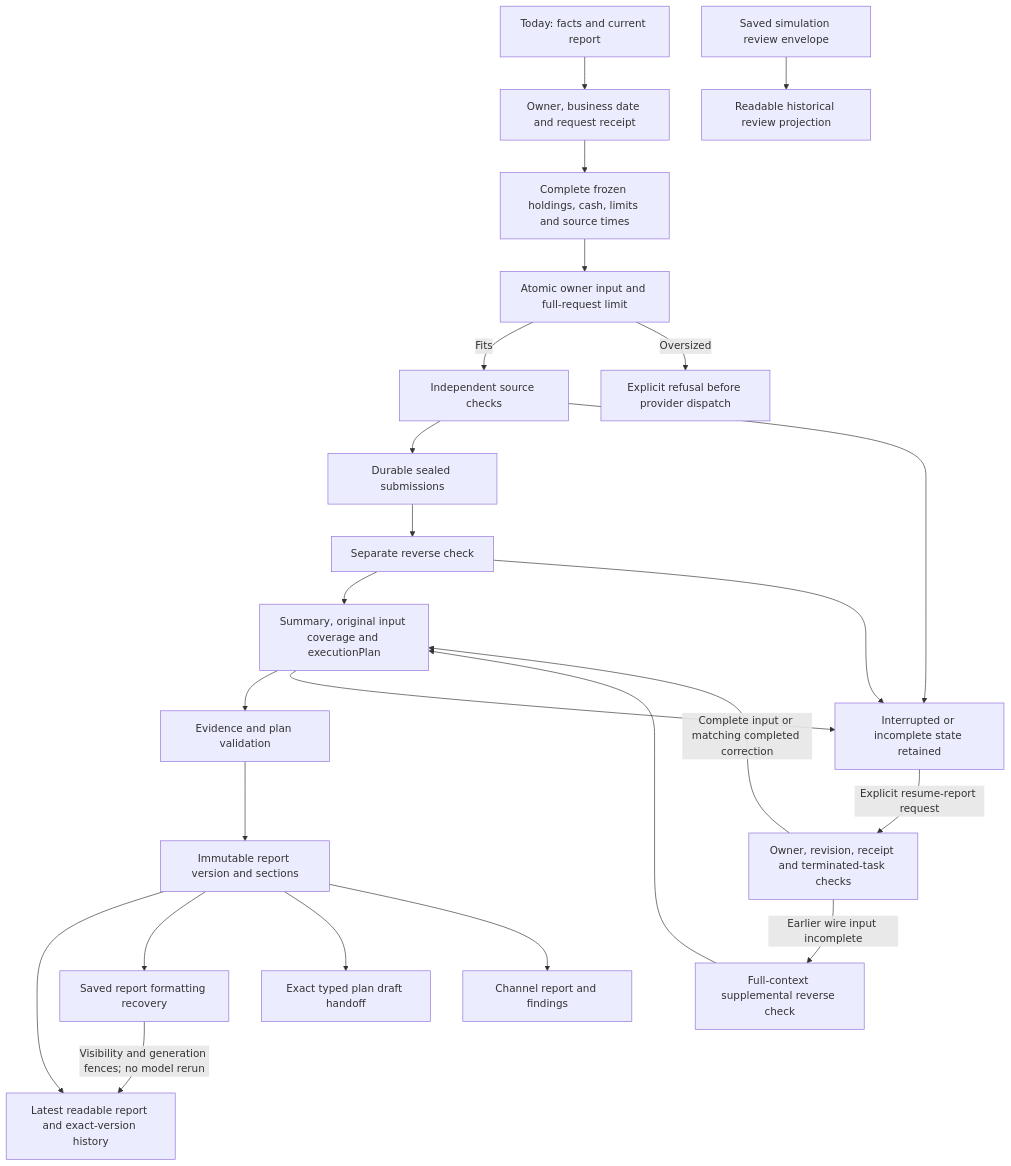
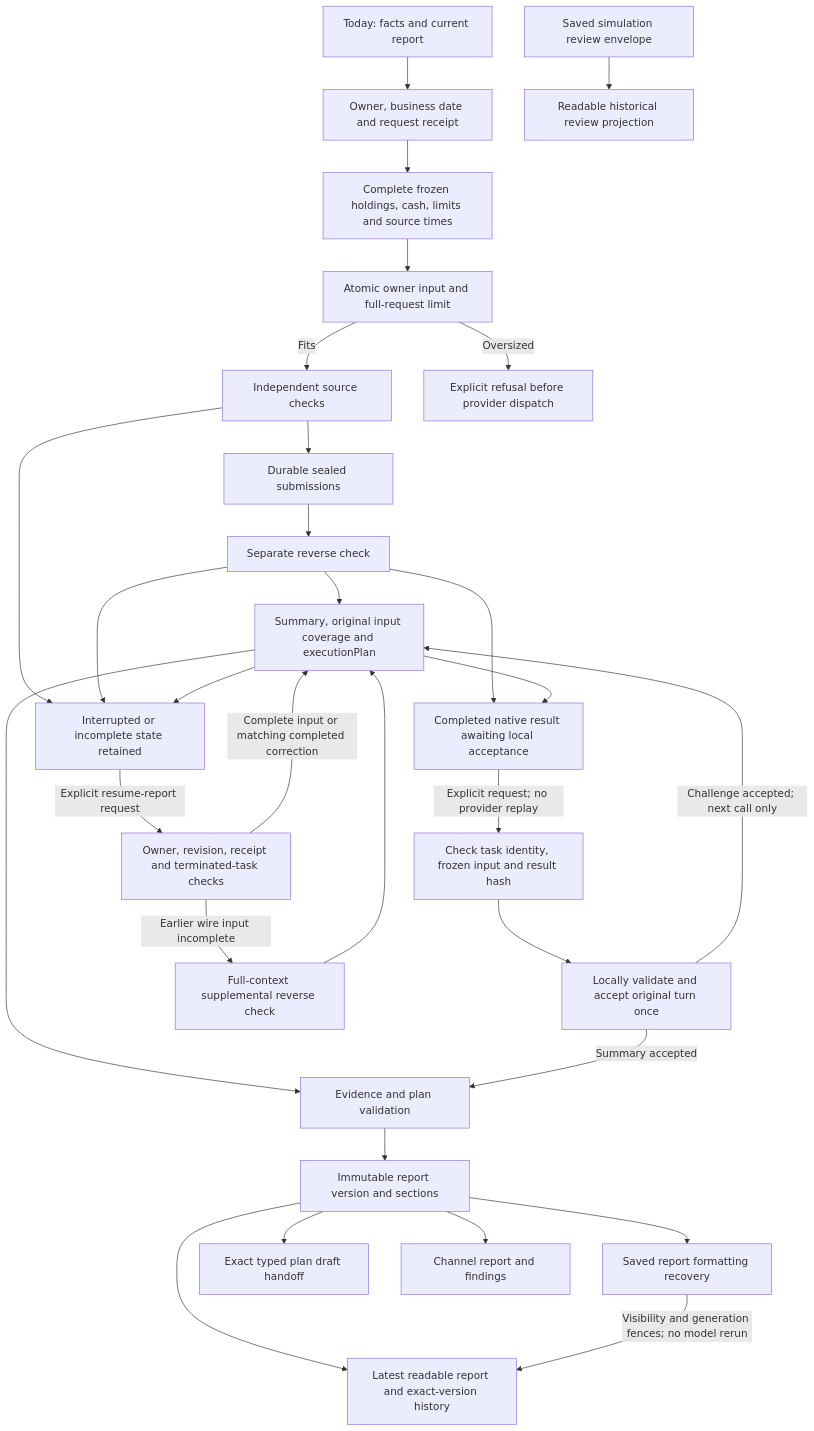
One commit to Lueyu/squabble changed the second of 5 diagrams in docs/architecture.md. Above: the diagram before and after it, drawn with Mermaid. The commit also changed other lines of this file and 15 other files, not shown here.

Commit message:
fix: accept complete saved daily results without replay

````diff
--- a/docs/architecture.md
+++ b/docs/architecture.md
@@ -47,26 +49,32 @@
 ```mermaid
 flowchart TD
     today["Today: facts and current report"] --> request["Owner, business date and request receipt"]
     request --> frozen["Complete frozen holdings, cash, limits and source times"]
     frozen --> fit["Atomic owner input and full-request limit"]
     fit -->|"Fits"| independent["Independent source checks"]
     fit -->|"Oversized"| refuse["Explicit refusal before provider dispatch"]
     independent --> sealed["Durable sealed submissions"]
     sealed --> reverse["Separate reverse check"]
     reverse --> summary["Summary, original input coverage and executionPlan"]
     summary --> validate["Evidence and plan validation"]
     validate --> archive["Immutable report version and sections"]
     archive --> reading["Latest readable report and exact-version history"]
     archive --> saved["Saved report formatting recovery"]
     saved -->|"Visibility and generation fences; no model rerun"| reading
     review["Saved simulation review envelope"] --> reviewProjection["Readable historical review projection"]
     archive --> handoff["Exact typed plan draft handoff"]
     archive --> channelSource["Channel report and findings"]
     independent --> interrupted["Interrupted or incomplete state retained"]
     reverse --> interrupted
     summary --> interrupted
+    reverse --> returned["Completed native result awaiting local acceptance"]
+    summary --> returned
+    returned -->|"Explicit request; no provider replay"| reparse["Check task identity, frozen input and result hash"]
+    reparse --> accept["Locally validate and accept original turn once"]
+    accept -->|"Challenge accepted; next call only"| summary
+    accept -->|"Summary accepted"| validate
     interrupted -->|"Explicit resume-report request"| resume["Owner, revision, receipt and terminated-task checks"]
     resume -->|"Earlier wire input incomplete"| correction["Full-context supplemental reverse check"]
     correction --> summary
     resume -->|"Complete input or matching completed correction"| summary
 ```
````
